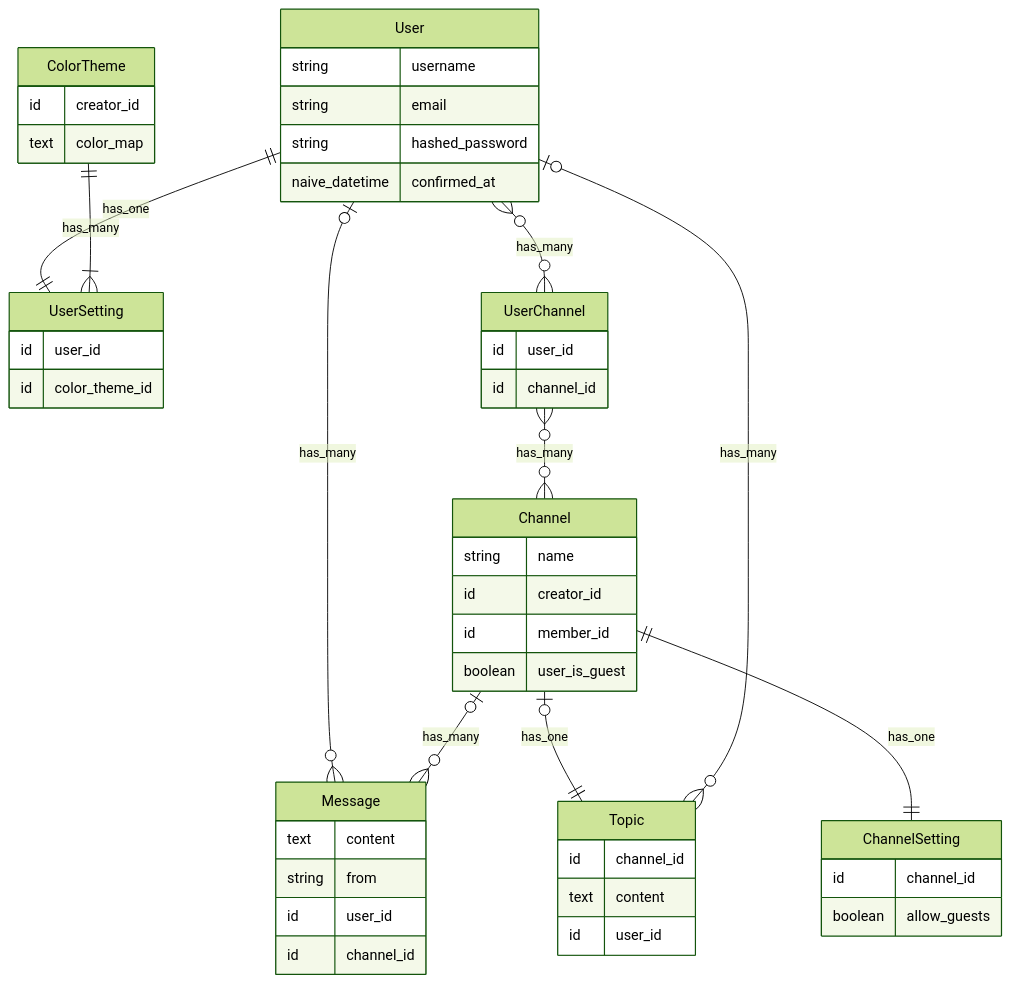
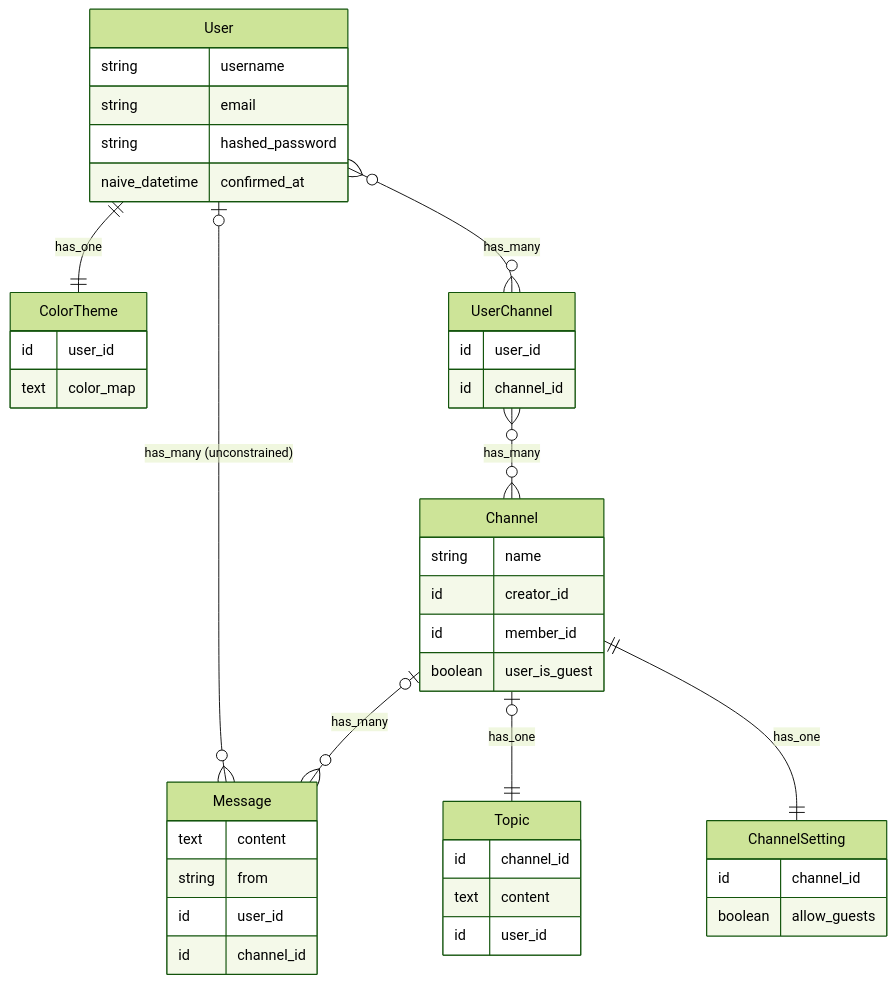
One commit to phaleth/weex-chat changed the diagram in README.md. Above: the diagram before and after it, drawn with Mermaid (forest theme).

Commit message:
ERD: Unstrangle and mark users messages relationship as unconstrained

````diff
--- a/README.md
+++ b/README.md
@@ -43,60 +43,53 @@
 ```mermaid
 erDiagram
 
 Message {
   text content
   string from
   id user_id
   id channel_id
 }
 
 Channel {
   string name
   id creator_id
   id member_id
   boolean user_is_guest
 }
 
 ChannelSetting {
   id channel_id
   boolean allow_guests
 }
 
 Topic {
   id channel_id
   text content
   id user_id
 }
 
 User {
   string username
   string email
   string hashed_password
   naive_datetime confirmed_at
 }
 
-UserSetting {
+ColorTheme {
   id user_id
-  id color_theme_id
-}
-
-ColorTheme {
-  id creator_id
   text color_map
 }
 
 UserChannel {
   id user_id
   id channel_id
 }
 
-User |O--O{ Message : "has_many"
+User |O--O{ Message : "has_many (unconstrained)"
 User }O--O{ UserChannel : "has_many"
 UserChannel }O--O{ Channel : "has_many"
 Channel |O--|| Topic : "has_one"
-User |O--O{ Topic : "has_many"
-User ||--|| UserSetting : "has_one"
+User ||--|| ColorTheme : "has_one"
 Channel |O--O{ Message : "has_many"
 Channel ||--|| ChannelSetting : "has_one"
-ColorTheme ||--|{ UserSetting : "has_many"
 ```
````
